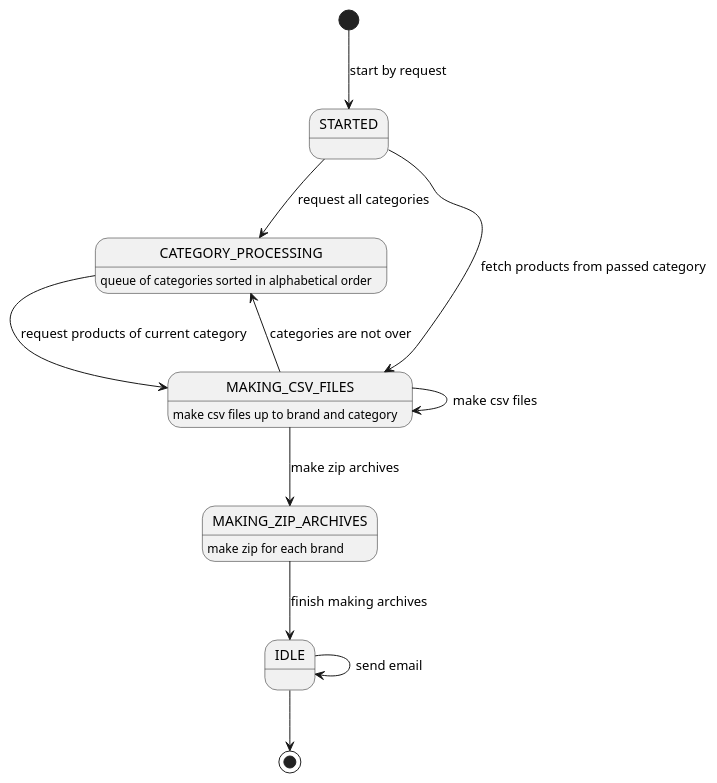
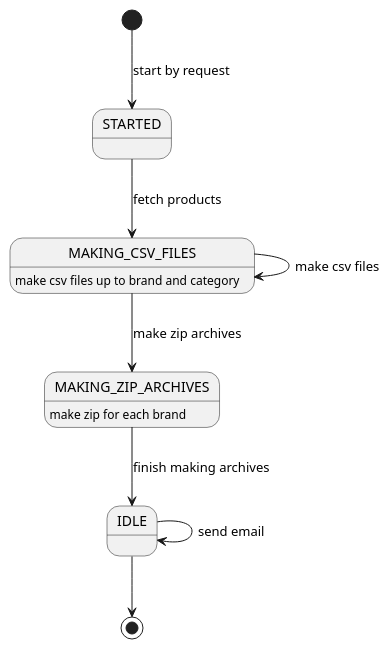
One commit to KiryaHandsome/restful-state-machine changed the diagram in uml/StateMachineUML.puml. Above: the diagram before and after it, drawn with PlantUML. The commit also changed 2 other files, not shown here.

Commit message:
refactor: fix diagram

```diff
--- a/uml/StateMachineUML.puml
+++ b/uml/StateMachineUML.puml
@@ -1,27 +1,20 @@
 @startuml
 
 [*] --> STARTED : start by request
 
-STARTED --> CATEGORY_PROCESSING : request all categories
-
-STARTED --> MAKING_CSV_FILES : fetch products from passed category
-
-CATEGORY_PROCESSING --> MAKING_CSV_FILES : request products of current category
-
-MAKING_CSV_FILES --> CATEGORY_PROCESSING : categories are not over
+STARTED --> MAKING_CSV_FILES : fetch products
 
 MAKING_CSV_FILES --> MAKING_CSV_FILES : make csv files
 
 MAKING_CSV_FILES --> MAKING_ZIP_ARCHIVES : make zip archives
 
 MAKING_ZIP_ARCHIVES --> IDLE : finish making archives
 
 IDLE --> IDLE : send email
 
 IDLE --> [*]
 
-CATEGORY_PROCESSING : queue of categories sorted in alphabetical order
 MAKING_CSV_FILES : make csv files up to brand and category
 MAKING_ZIP_ARCHIVES : make zip for each brand
 
 @enduml
```
